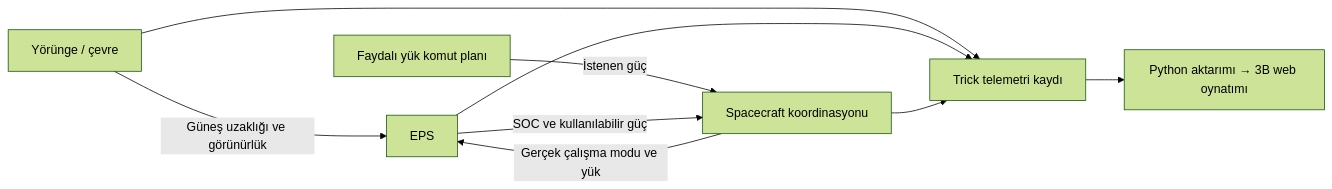
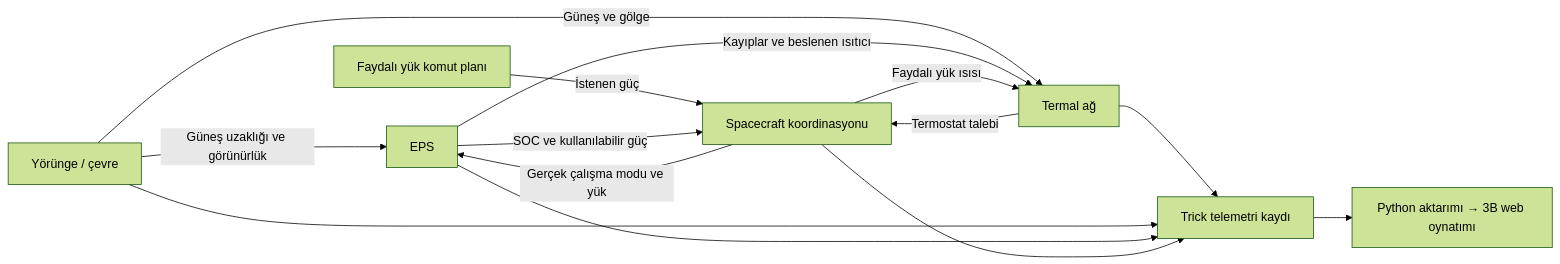
Before and after one commit to ilimyuksel/satellite-system-lab: the diagram in docs/ARCHITECTURE.md, drawn with Mermaid (forest theme). The commit also changed other lines of this file and 30 other files, not shown here.

````diff
--- a/docs/ARCHITECTURE.md
+++ b/docs/ARCHITECTURE.md
@@ -3,11 +3,16 @@
 ```mermaid
 flowchart LR
   O[Yörünge / çevre] -->|Güneş uzaklığı ve görünürlük| E[EPS]
   P[Faydalı yük komut planı] -->|İstenen güç| S[Spacecraft koordinasyonu]
   E -->|SOC ve kullanılabilir güç| S
   S -->|Gerçek çalışma modu ve yük| E
+  O -->|Güneş ve gölge| H[Termal ağ]
+  E -->|Kayıplar ve beslenen ısıtıcı| H
+  S -->|Faydalı yük ısısı| H
+  H -->|Termostat talebi| S
+  H --> T
   O --> T[Trick telemetri kaydı]
   E --> T
   S --> T
   T --> W[Python aktarımı → 3B web oynatımı]
 ```
````
